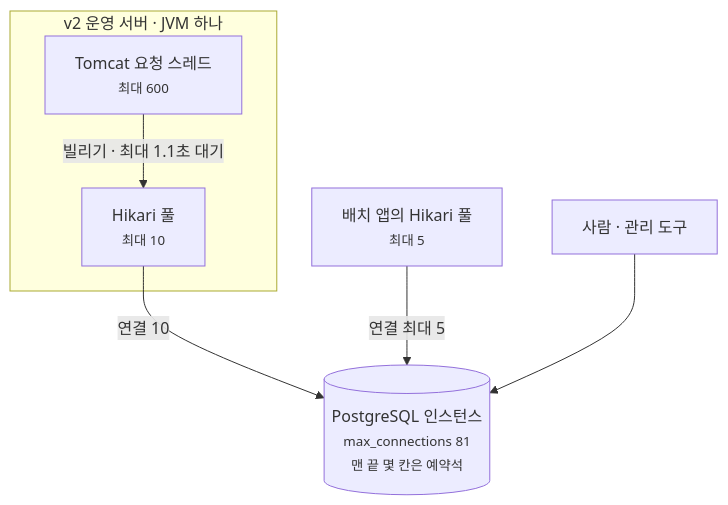
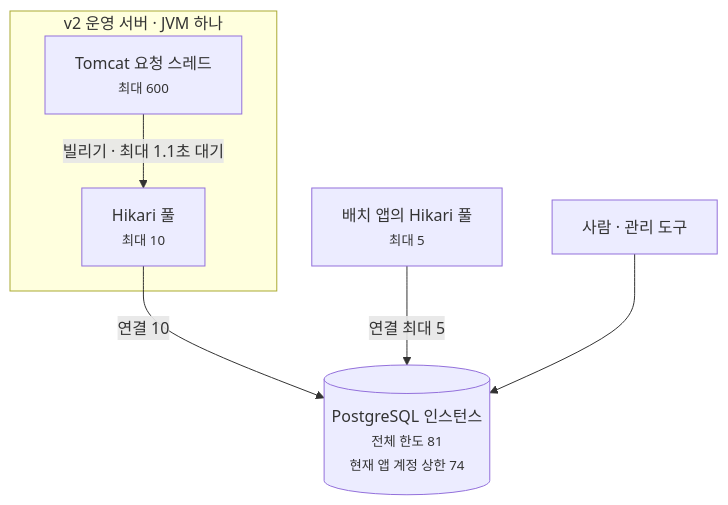
The second of 4 diagrams in src/content/blog/pool-size-and-alert-threshold.md (oownahcohc/oownahcohc.github.io), drawn with Mermaid before and after one commit. The commit also changed other lines of this file, not shown here.

````diff
--- a/src/content/blog/pool-size-and-alert-threshold.md
+++ b/src/content/blog/pool-size-and-alert-threshold.md
@@ -161,11 +185,11 @@
 ```mermaid
 flowchart TB
     subgraph APP["v2 운영 서버 · JVM 하나"]
         T["Tomcat 요청 스레드<br/><small>최대 600</small>"] -->|"빌리기 · 최대 1.1초 대기"| P["Hikari 풀<br/><small>최대 10</small>"]
     end
     B["배치 앱의 Hikari 풀<br/><small>최대 5</small>"]
     H["사람 · 관리 도구"]
-    P -->|"연결 10"| DB[("PostgreSQL 인스턴스<br/><small>max_connections 81<br/>맨 끝 몇 칸은 예약석</small>")]
+    P -->|"연결 10"| DB[("PostgreSQL 인스턴스<br/><small>전체 한도 81<br/>현재 앱 계정 상한 74</small>")]
     B -->|"연결 최대 5"| DB
     H --> DB
 ```
````
